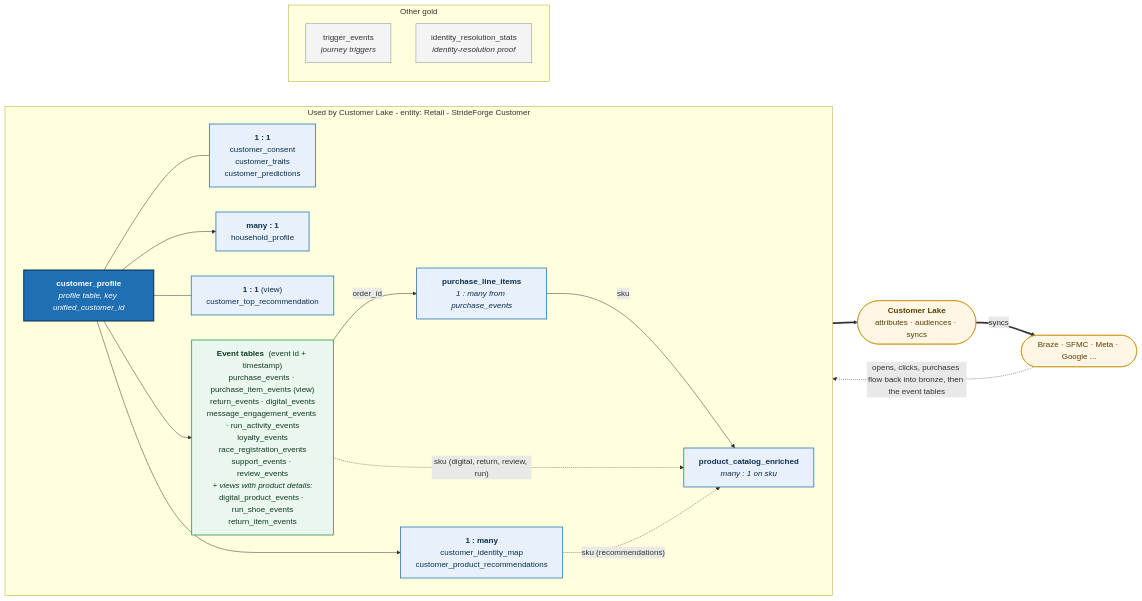
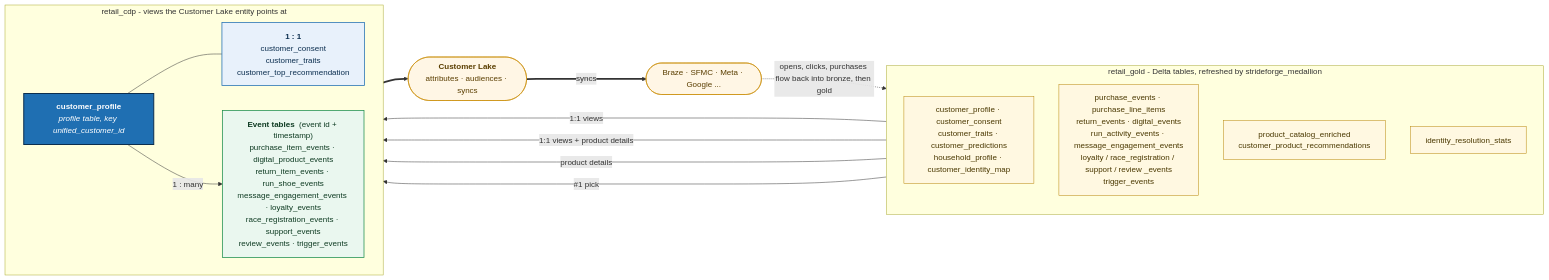
The diagram in docs/gold_data_model.mmd (ariforu/customer-lake-retail-demo), drawn with Mermaid before and after one commit. The commit also changed 12 other files, not shown here.

First line of the commit message:
Add retail_cdp schema with the views the Customer Lake entity uses

```diff
--- a/docs/gold_data_model.mmd
+++ b/docs/gold_data_model.mmd
@@ -1,41 +1,34 @@
 flowchart LR
   classDef core fill:#1F6FB2,stroke:#0B2E4F,stroke-width:2px,color:#FFFFFF
   classDef cdp fill:#E8F1FB,stroke:#1F6FB2,stroke-width:1.5px,color:#0B2E4F
   classDef evt fill:#EAF7EF,stroke:#1E8E4E,stroke-width:1.5px,color:#0E3B22
-  classDef ana fill:#F4F4F4,stroke:#8A8A8A,stroke-width:1px,color:#333333
+  classDef gold fill:#FFF8E1,stroke:#B8860B,stroke-width:1px,color:#4A3800
   classDef ext fill:#FFF6E5,stroke:#C98A00,stroke-width:1px,color:#5A3E00
 
-  subgraph CL["Used by Customer Lake  -  entity: Retail - StrideForge Customer"]
+  subgraph GOLD["retail_gold  -  Delta tables, refreshed by strideforge_medallion"]
+    direction TB
+    G1["customer_profile · customer_consent<br/>customer_traits · customer_predictions<br/>household_profile · customer_identity_map"]:::gold
+    G2["purchase_events · purchase_line_items<br/>return_events · digital_events<br/>run_activity_events · message_engagement_events<br/>loyalty / race_registration / support / review _events<br/>trigger_events"]:::gold
+    G3["product_catalog_enriched<br/>customer_product_recommendations"]:::gold
+    G4["identity_resolution_stats"]:::gold
+  end
+
+  subgraph CDP["retail_cdp  -  views the Customer Lake entity points at"]
     direction LR
     PROFILE["<b>customer_profile</b><br/><i>profile table, key unified_customer_id</i>"]:::core
-    ONE["<b>1 : 1</b><br/>customer_consent<br/>customer_traits<br/>customer_predictions"]:::cdp
-    HH["<b>many : 1</b><br/>household_profile"]:::cdp
-    MANY["<b>1 : many</b><br/>customer_identity_map<br/>customer_product_recommendations"]:::cdp
-    TOPREC["<b>1 : 1</b> (view)<br/>customer_top_recommendation"]:::cdp
-    EV["<b>Event tables</b>  (event id + timestamp)<br/>purchase_events · purchase_item_events (view)<br/>return_events · digital_events<br/>message_engagement_events · run_activity_events<br/>loyalty_events<br/>race_registration_events<br/>support_events · review_events<br/><i>+ views with product details:</i><br/>digital_product_events · run_shoe_events<br/>return_item_events"]:::evt
-    LINES["<b>purchase_line_items</b><br/><i>1 : many from purchase_events</i>"]:::cdp
-    CATALOG["<b>product_catalog_enriched</b><br/><i>many : 1 on sku</i>"]:::cdp
-
+    ONE["<b>1 : 1</b><br/>customer_consent<br/>customer_traits<br/>customer_top_recommendation"]:::cdp
+    EV["<b>Event tables</b>  (event id + timestamp)<br/>purchase_item_events · digital_product_events<br/>return_item_events · run_shoe_events<br/>message_engagement_events · loyalty_events<br/>race_registration_events · support_events<br/>review_events · trigger_events"]:::evt
     PROFILE --- ONE
-    PROFILE --> HH
-    PROFILE --> MANY
-    PROFILE --- TOPREC
-    PROFILE --> EV
-    EV -->|"order_id"| LINES
-    LINES -->|"sku"| CATALOG
-    EV -.->|"sku (digital, return, review, run)"| CATALOG
-    MANY -.->|"sku (recommendations)"| CATALOG
-  end
-
-  subgraph OTHER["Other gold"]
-    direction TB
-    TRIG["trigger_events<br/><i>journey triggers</i>"]:::ana
-    IRS["identity_resolution_stats<br/><i>identity-resolution proof</i>"]:::ana
+    PROFILE -->|"1 : many"| EV
   end
 
   LAKE(["<b>Customer Lake</b><br/>attributes · audiences · syncs"]):::ext
   DEST(["Braze · SFMC · Meta · Google ..."]):::ext
 
-  CL ==> LAKE
+  G1 -->|"1:1 views"| PROFILE
+  G2 -->|"1:1 views + product details"| EV
+  G3 -->|"product details"| EV
+  G3 -->|"#1 pick"| ONE
+  CDP ==> LAKE
   LAKE ==>|"syncs"| DEST
-  DEST -.->|"opens, clicks, purchases flow back into bronze, then the event tables"| EV
+  DEST -.->|"opens, clicks, purchases flow back into bronze, then gold"| GOLD
```
